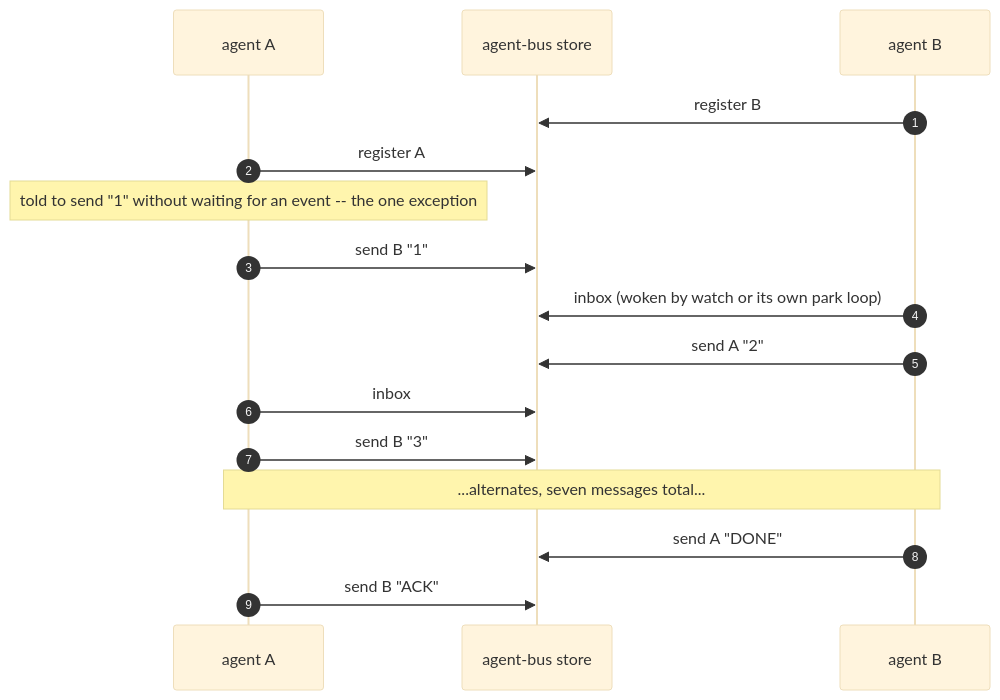
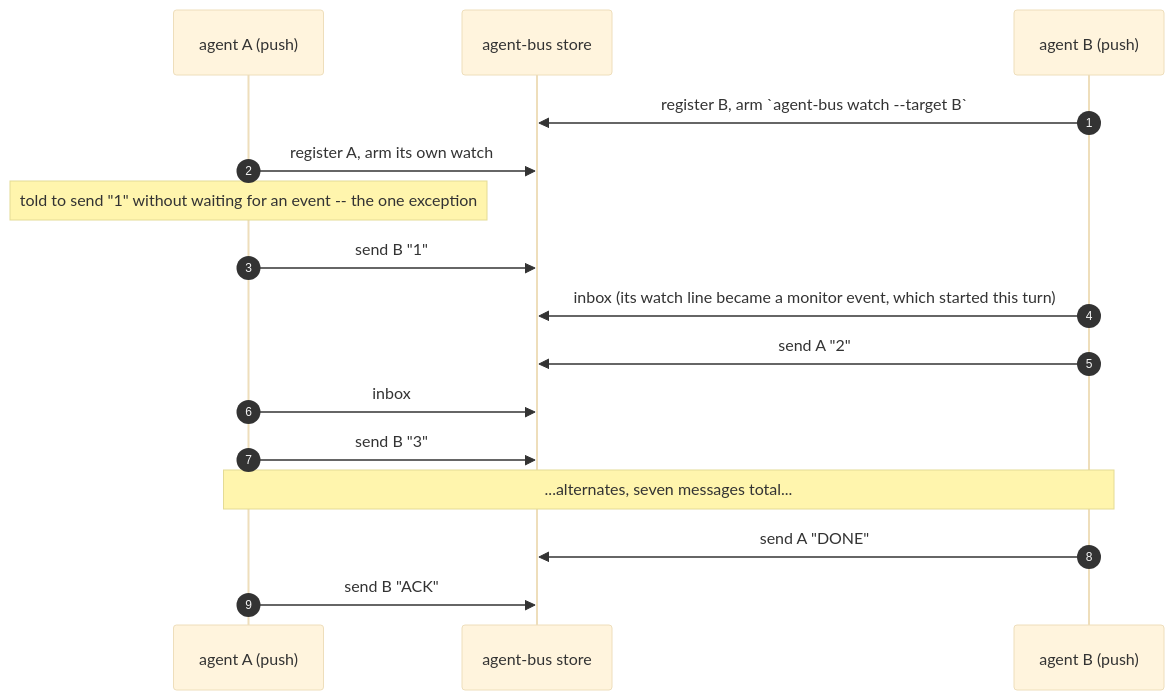
Before and after one commit to danbarua/agent-bus: the second of 3 diagrams in tests/agent_bus/integration/test_two_agents_hold_a_conversation.md, drawn with Mermaid (base theme). The commit also changed other lines of this file and 12 other files, not shown here.

First line of the commit message:
docs+e2e: re-capture the diagrams, and fix the wireup they exposed (#334)

````diff
--- a/tests/agent_bus/integration/test_two_agents_hold_a_conversation.md
+++ b/tests/agent_bus/integration/test_two_agents_hold_a_conversation.md
@@ -68,19 +107,19 @@
 ```mermaid
 sequenceDiagram
     autonumber
-    participant A as agent A
+    participant A as agent A (push)
     participant bus as agent-bus store
-    participant B as agent B
+    participant B as agent B (push)
 
-    B->>bus: register B
-    A->>bus: register A
+    B->>bus: register B, arm `agent-bus watch --target B`
+    A->>bus: register A, arm its own watch
     Note over A: told to send "1" without waiting for an event -- the one exception
     A->>bus: send B "1"
-    B->>bus: inbox (woken by watch or its own park loop)
+    B->>bus: inbox (its watch line became a monitor event, which started this turn)
     B->>bus: send A "2"
     A->>bus: inbox
     A->>bus: send B "3"
     Note over A,B: ...alternates, seven messages total...
     B->>bus: send A "DONE"
     A->>bus: send B "ACK"
 ```
````
